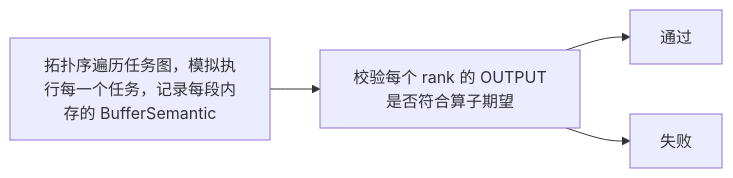
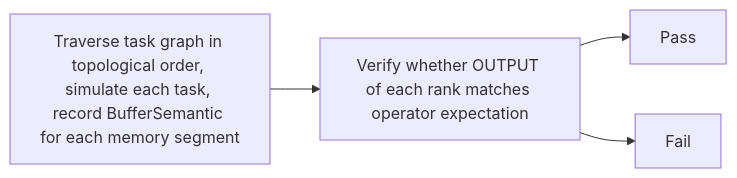
Before and after one commit to Atlas-Ascend-Fork/hcomm: diagram 17 of 19 in test/hccl_vm/docs/checker_quick_intro_en.md, drawn with Mermaid. The commit also changed other lines of this file and 73 other files, not shown here.

````diff
--- a/test/hccl_vm/docs/checker_quick_intro_en.md
+++ b/test/hccl_vm/docs/checker_quick_intro_en.md
@@ -592,10 +592,10 @@
 ```mermaid
 flowchart LR
-    SIM["拓扑序遍历任务图，模拟执行每一个任务，记录每段内存的 BufferSemantic"]
-    CHK["校验每个 rank 的 OUTPUT是否符合算子期望"]
-    PASS["通过"]
-    FAIL["失败"]
+    SIM["Traverse task graph in topological order, simulate each task, record BufferSemantic for each memory segment"]
+    CHK["Verify whether OUTPUT of each rank matches operator expectation"]
+    PASS["Pass"]
+    FAIL["Fail"]
 
     SIM --> CHK --> PASS
     CHK --> FAIL
 ```
````
